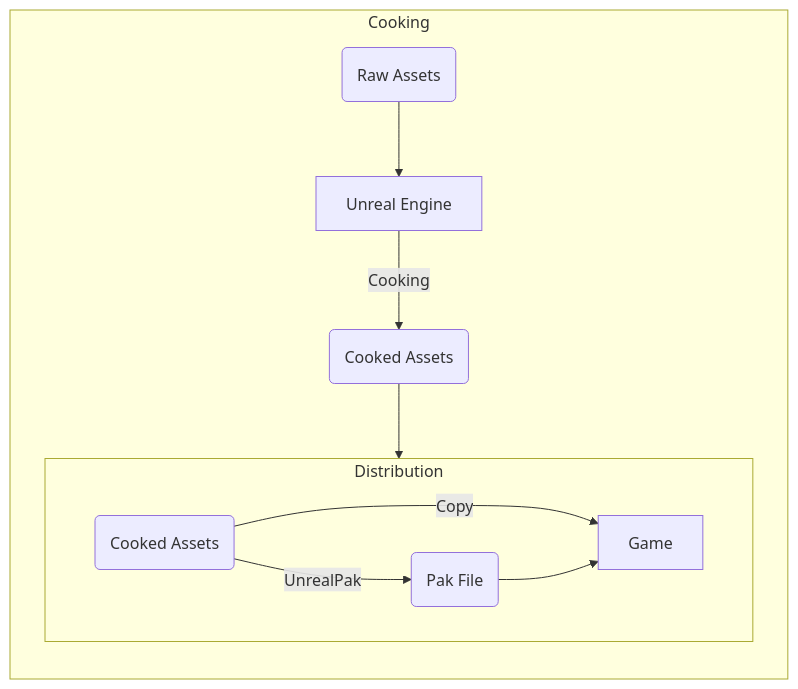
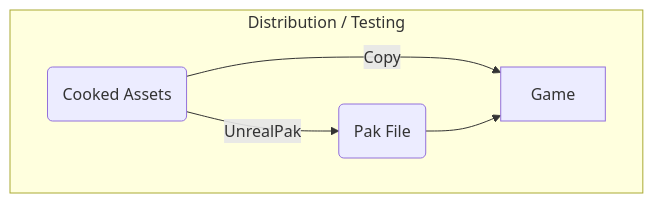
One commit to Knutschbert/ArgonSDK-FieldGuide changed the third of 4 diagrams in docs/Introduction.md. Above: the diagram before and after it, drawn with Mermaid. The commit also changed other lines of this file and 6 other files, not shown here.

Commit message:
More Introduction.md charts, center mermaid diagrams by default

````diff
--- a/docs/Introduction.md
+++ b/docs/Introduction.md
@@ -1,12 +64,8 @@
 ```mermaid
 flowchart LR
-subgraph Cooking
-	direction TB
-	A(Raw Assets) --> U[Unreal Engine] -- Cooking --> C(Cooked Assets) --> Distribution
-end
-subgraph Distribution
+subgraph Distribution / Testing
 	direction LR
 	C2(Cooked Assets) -- Copy --> cp[Game]
 	C2 -- UnrealPak --> E(Pak File) --> cp
 end
 ```
````
